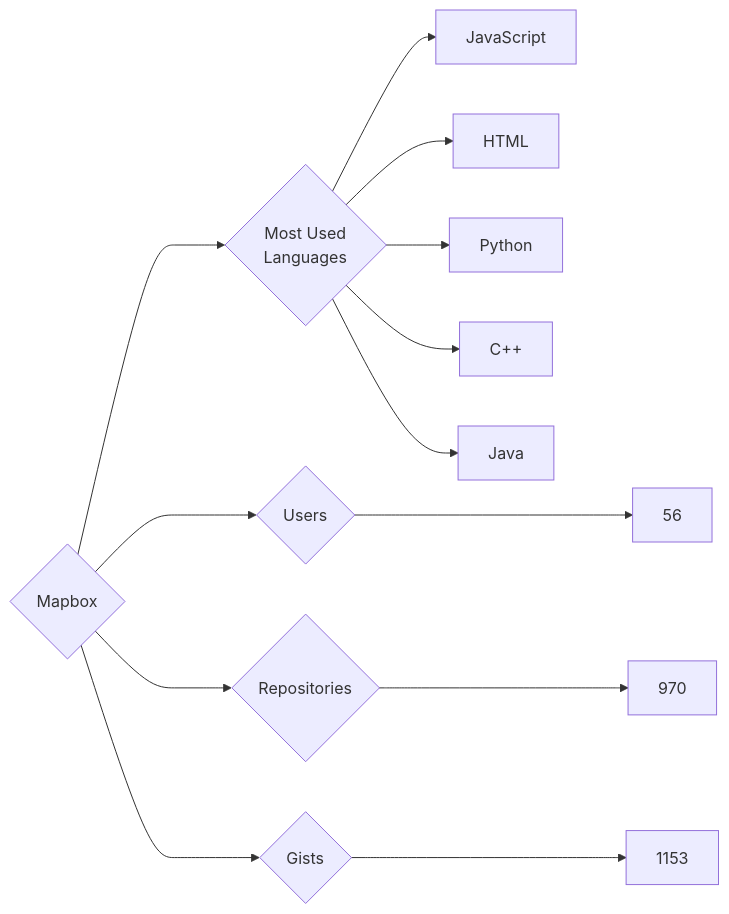
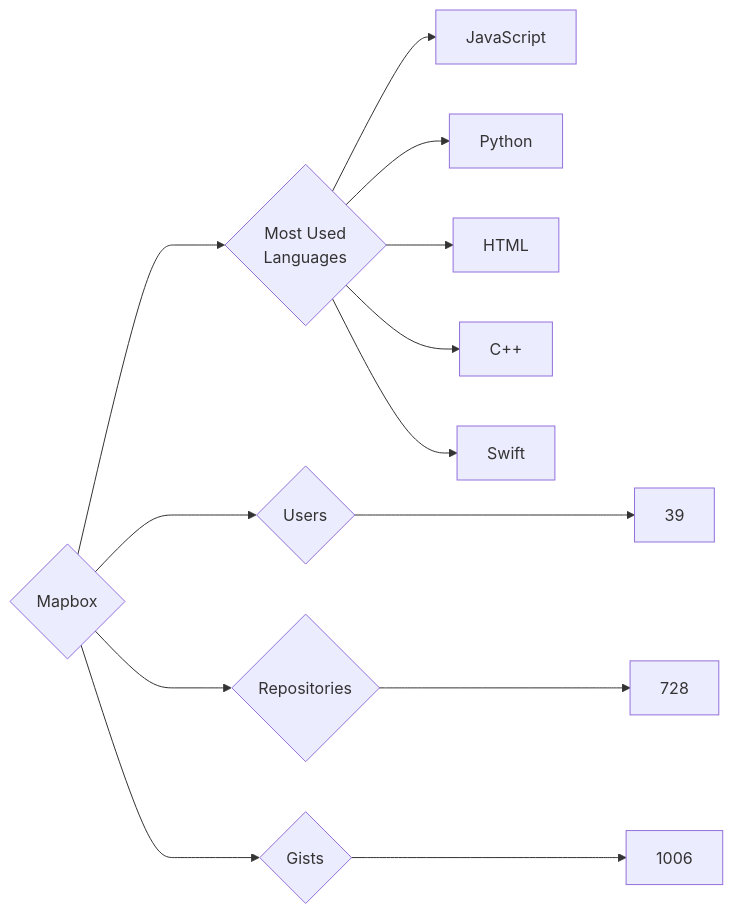
Before and after one commit to trickest/insiders: the diagram in targets/Mapbox/README.md, drawn with Mermaid. The commit also changed 877 other files, not shown here.

````diff
--- a/targets/Mapbox/README.md
+++ b/targets/Mapbox/README.md
@@ -3,13 +3,13 @@
 ```mermaid
 graph LR
 COMPANY_NAME{Mapbox}
-COMPANY_NAME ---> U{Users} ---> UN[56]
-COMPANY_NAME ---> R{Repositories} ---> RN[970]
-COMPANY_NAME ---> G{Gists} ---> GN[1153]
+COMPANY_NAME ---> U{Users} ---> UN[39]
+COMPANY_NAME ---> R{Repositories} ---> RN[728]
+COMPANY_NAME ---> G{Gists} ---> GN[1006]
 COMPANY_NAME ---> ML{Most Used<br>Languages}
 ML --> JavaScript[JavaScript]
+ML --> Python[Python]
 ML --> HTML[HTML]
-ML --> Python[Python]
 ML --> C++[C++]
-ML --> Java[Java]
+ML --> Swift[Swift]
 ```
````
